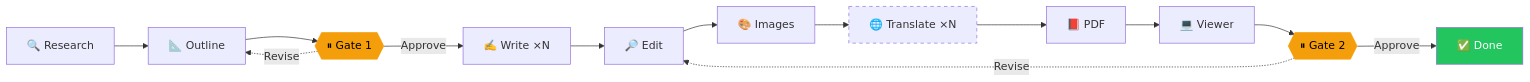
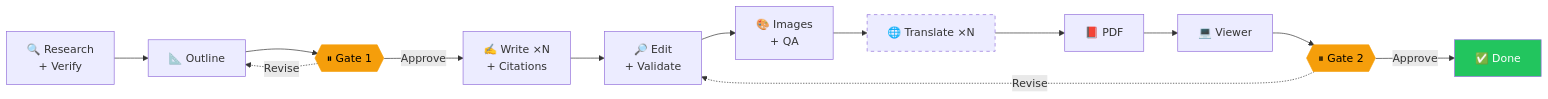
One commit to lowtidebuild/ebook-writer changed the second of 2 diagrams in README.md. Above: the diagram before and after it, drawn with Mermaid. The commit also changed other lines of this file and 1 other file, not shown here.

First line of the commit message:
v3: Update READMEs with Ground Truth Architecture features

````diff
--- a/README.md
+++ b/README.md
@@ -165,20 +184,20 @@
 ```mermaid
 flowchart LR
-    S1["🔍 Research"] --> S2["📐 Outline"]
+    S1["🔍 Research<br/>+ Verify"] --> S2["📐 Outline"]
     S2 --> G1{{"⏸ Gate 1"}}
-    G1 -->|Approve| S3["✍️ Write ×N"]
+    G1 -->|Approve| S3["✍️ Write ×N<br/>+ Citations"]
     G1 -.->|Revise| S2
-    S3 --> S4["🔎 Edit"]
-    S4 --> S5["🎨 Images"]
+    S3 --> S4["🔎 Edit<br/>+ Validate"]
+    S4 --> S5["🎨 Images<br/>+ QA"]
     S5 --> S6["🌐 Translate ×N"]
     S6 --> S7["📕 PDF"]
     S7 --> S8["💻 Viewer"]
     S8 --> G2{{"⏸ Gate 2"}}
     G2 -->|Approve| Done["✅ Done"]
     G2 -.->|Revise| S4
 
     style G1 fill:#f59e0b,color:#000,stroke:#f59e0b
     style G2 fill:#f59e0b,color:#000,stroke:#f59e0b
     style Done fill:#22c55e,color:#fff
     style S6 stroke-dasharray:5 5
 ```
````
